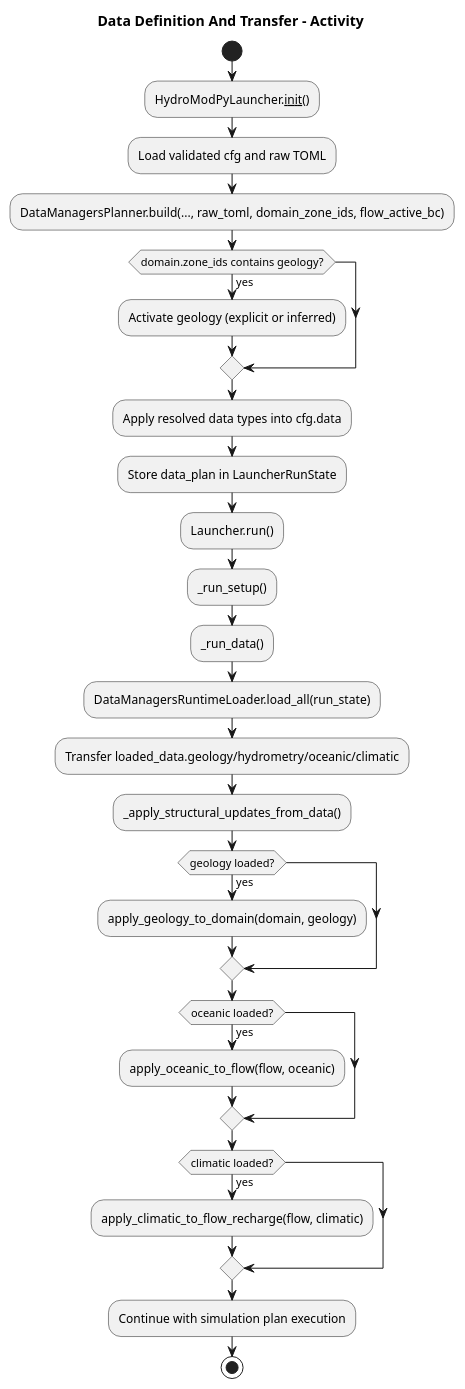
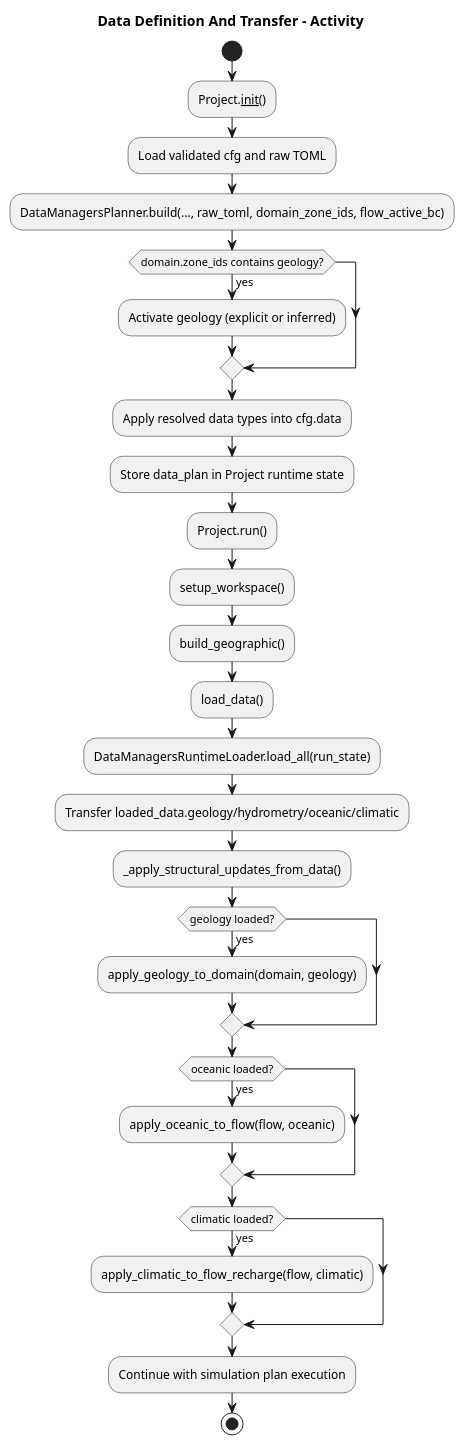
Before and after one commit to HydroModPy/HydroModPy: the diagram in docs/readthedocs/source/architecture/data_loading/diagrams/data_definition_transfer_activity.wsd, drawn with PlantUML. The commit also changed 21 other files, not shown here.

Commit message:
[docs] - drop remaining launcher refs from architecture and scientific docs

```diff
--- a/docs/readthedocs/source/architecture/data_loading/diagrams/data_definition_transfer_activity.wsd
+++ b/docs/readthedocs/source/architecture/data_loading/diagrams/data_definition_transfer_activity.wsd
@@ -1,36 +1,37 @@
 @startuml
 title Data Definition And Transfer - Activity
 
 start
 
-:HydroModPyLauncher.__init__();
+:Project.__init__();
 :Load validated cfg and raw TOML;
 
 :DataManagersPlanner.build(..., raw_toml, domain_zone_ids, flow_active_bc);
 if (domain.zone_ids contains geology?) then (yes)
   :Activate geology (explicit or inferred);
 endif
 :Apply resolved data types into cfg.data;
-:Store data_plan in LauncherRunState;
+:Store data_plan in Project runtime state;
 
-:Launcher.run();
-:_run_setup();
+:Project.run();
+:setup_workspace();
+:build_geographic();
 
-:_run_data();
+:load_data();
 :DataManagersRuntimeLoader.load_all(run_state);
 :Transfer loaded_data.geology/hydrometry/oceanic/climatic;
 
 :_apply_structural_updates_from_data();
 if (geology loaded?) then (yes)
   :apply_geology_to_domain(domain, geology);
 endif
 if (oceanic loaded?) then (yes)
   :apply_oceanic_to_flow(flow, oceanic);
 endif
 if (climatic loaded?) then (yes)
   :apply_climatic_to_flow_recharge(flow, climatic);
 endif
 
 :Continue with simulation plan execution;
 stop
 @enduml
```
